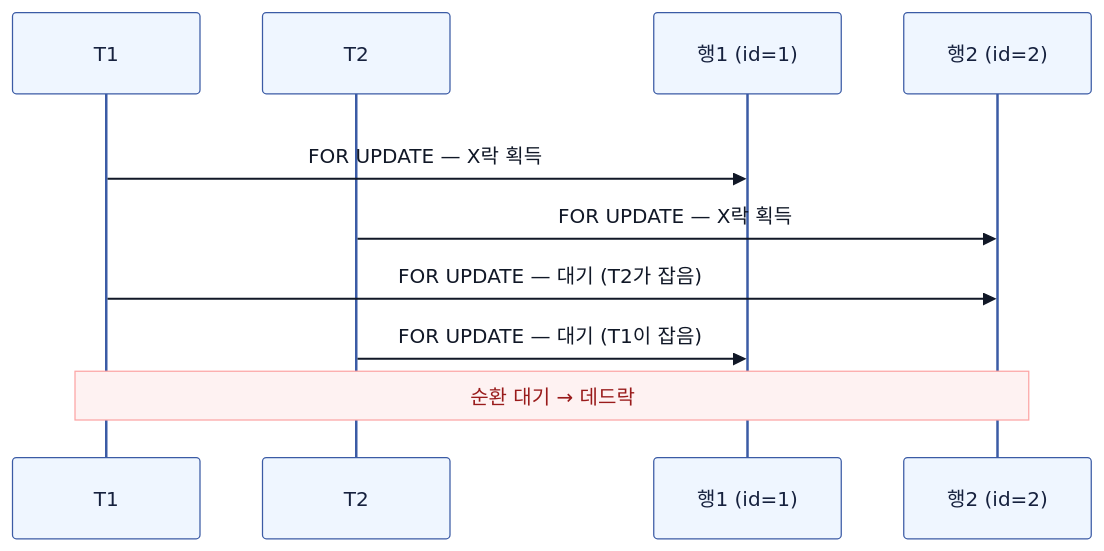
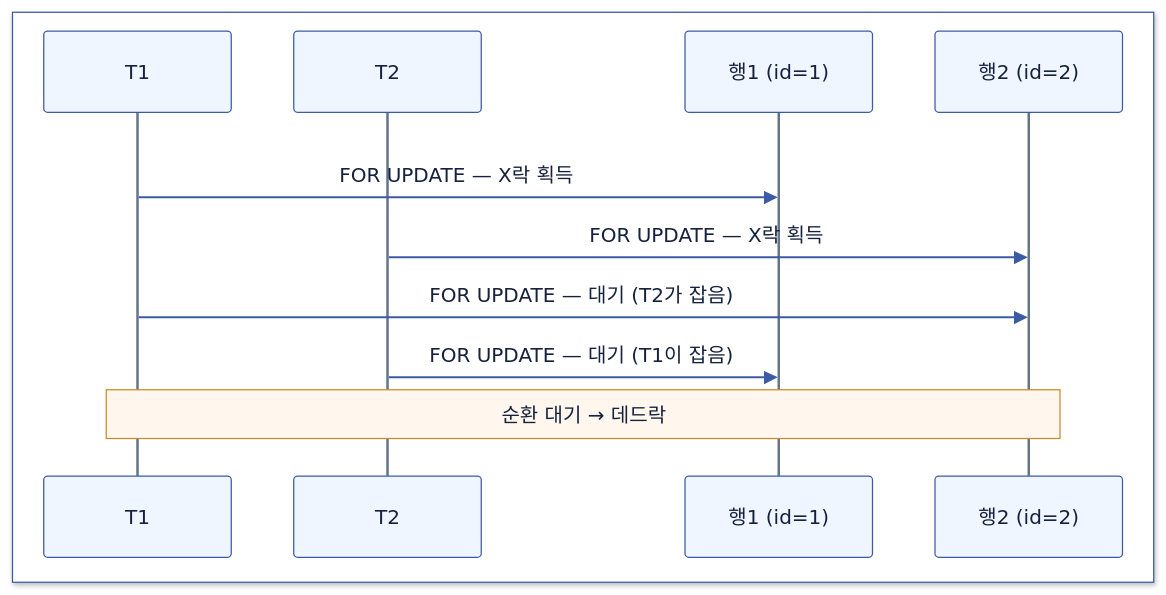
The third of 3 diagrams in computer-science/2607-race-condition.md (Hyune-s-lab/my-ai-study), drawn with Mermaid before and after one commit. The commit also changed other lines of this file and 28 other files, not shown here.

Commit message:
docs: Mermaid 호환성과 문서 가독성 개선

````diff
--- a/computer-science/2607-race-condition.md
+++ b/computer-science/2607-race-condition.md
@@ -255,32 +225,17 @@
 ```mermaid
----
-config:
-  theme: base
-  darkMode: false
-  themeVariables:
-    background: "#ffffff"
-    primaryColor: "#ffffff"
-    primaryTextColor: "#111827"
-    primaryBorderColor: "#475569"
-    lineColor: "#334155"
-    edgeLabelBackground: "#ffffff"
-    actorBkg: "#EFF6FF"
-    actorBorder: "#3B5BA5"
-    actorTextColor: "#16213E"
-    noteBkgColor: "#FEF2F2"
-    noteTextColor: "#991B1B"
-    noteBorderColor: "#FCA5A5"
----
 sequenceDiagram
-    rect rgb(255, 255, 255)
+%%{init: {"theme": "base", "darkMode": false, "themeVariables": {"background": "#ffffff", "primaryColor": "#EFF6FF", "primaryTextColor": "#16213E", "primaryBorderColor": "#3B5BA5", "secondaryColor": "#F0FDF4", "tertiaryColor": "#FAF5FF", "lineColor": "#3B5BA5", "textColor": "#16213E", "edgeLabelBackground": "#ffffff", "actorBkg": "#EFF6FF", "actorBorder": "#3B5BA5", "actorTextColor": "#16213E", "signalColor": "#3B5BA5", "signalTextColor": "#16213E", "noteBkgColor": "#FFF7ED", "noteBorderColor": "#C98A2B", "noteTextColor": "#16213E", "labelBoxBkgColor": "#EFF6FF", "labelTextColor": "#16213E", "loopTextColor": "#16213E", "actorLineColor": "#64748B", "labelBoxBorderColor": "#3B5BA5"}}}%%
+  box rgb(255, 255, 255)
     participant T1
     participant T2
     participant R1 as 행1 (id=1)
     participant R2 as 행2 (id=2)
+  end
+  rect rgb(255, 255, 255)
     T1->>R1: FOR UPDATE — X락 획득
     T2->>R2: FOR UPDATE — X락 획득
     T1->>R2: FOR UPDATE — 대기 (T2가 잡음)
     T2->>R1: FOR UPDATE — 대기 (T1이 잡음)
     Note over T1,R2: 순환 대기 → 데드락
-    end
+  end
 ```
````
